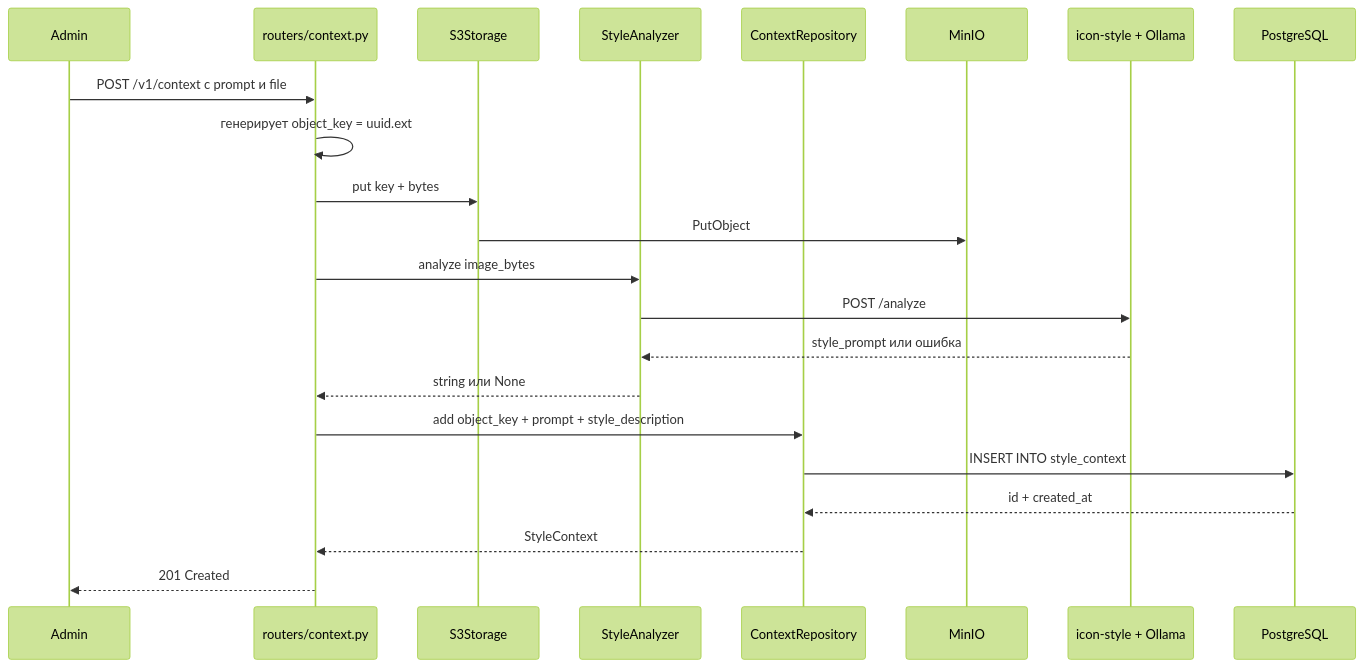
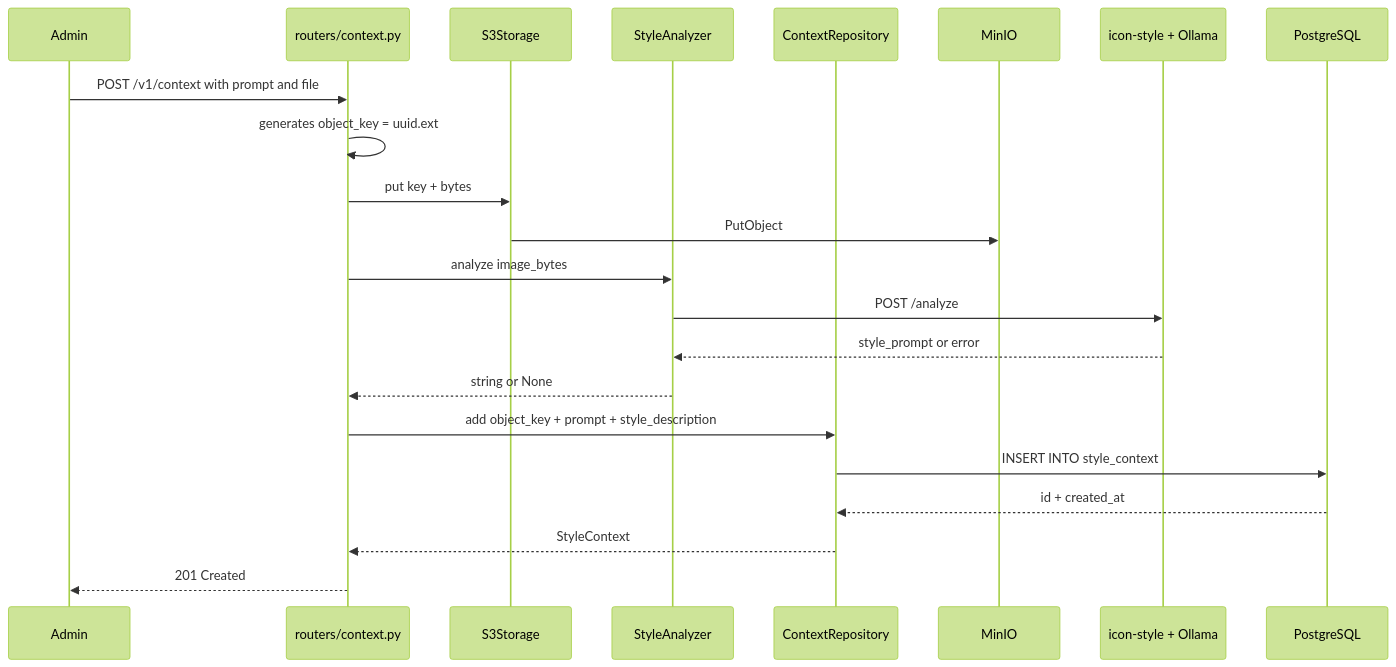
Before and after one commit to esgon191/icon-gen: the second of 4 diagrams in README.md, drawn with Mermaid (forest theme). The commit also changed other lines of this file, not shown here.

````diff
--- a/README.md
+++ b/README.md
@@ -104,25 +105,25 @@
 ```mermaid
 sequenceDiagram
     participant Admin
     participant Router as routers/context.py
     participant Storage as S3Storage
     participant Analyzer as StyleAnalyzer
     participant Repo as ContextRepository
     participant MinIO
     participant IS as icon-style + Ollama
     participant PG as PostgreSQL
 
-    Admin->>Router: POST /v1/context с prompt и file
-    Router->>Router: генерирует object_key = uuid.ext
+    Admin->>Router: POST /v1/context with prompt and file
+    Router->>Router: generates object_key = uuid.ext
     Router->>Storage: put key + bytes
     Storage->>MinIO: PutObject
     Router->>Analyzer: analyze image_bytes
     Analyzer->>IS: POST /analyze
-    IS-->>Analyzer: style_prompt или ошибка
-    Analyzer-->>Router: string или None
+    IS-->>Analyzer: style_prompt or error
+    Analyzer-->>Router: string or None
     Router->>Repo: add object_key + prompt + style_description
     Repo->>PG: INSERT INTO style_context
     PG-->>Repo: id + created_at
     Repo-->>Router: StyleContext
     Router-->>Admin: 201 Created
 ```
````
